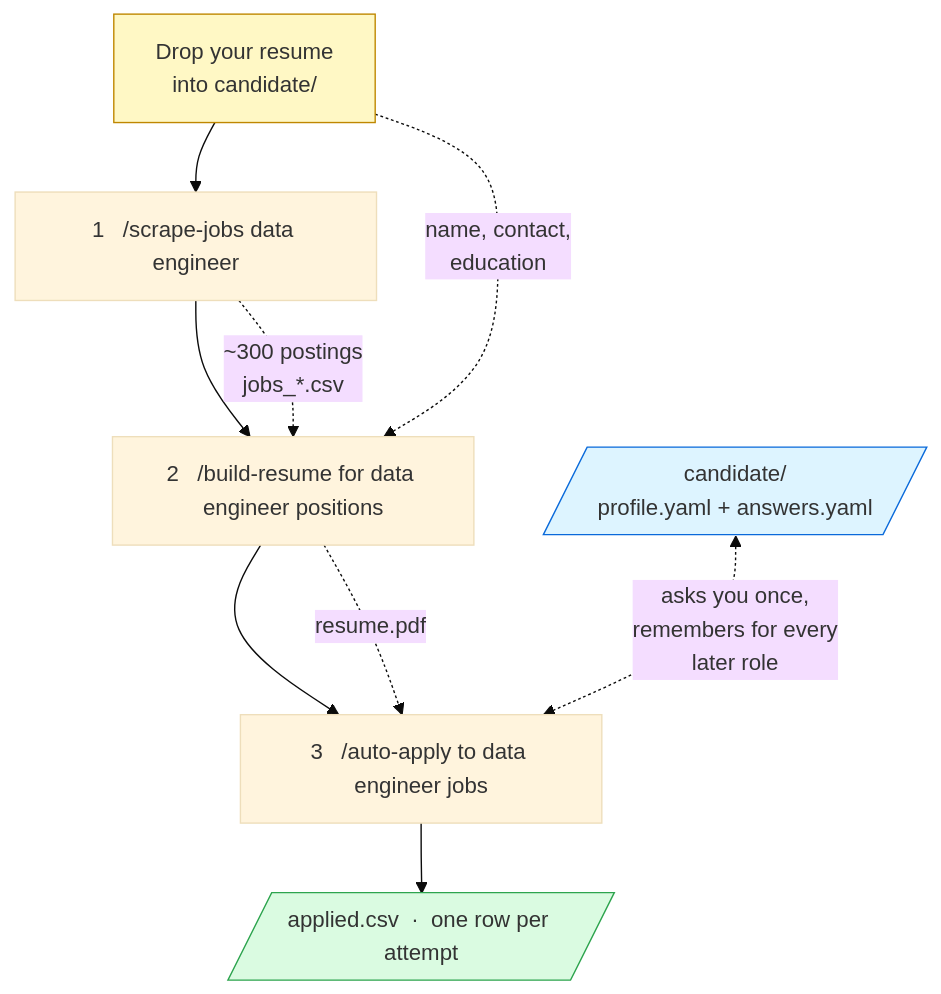
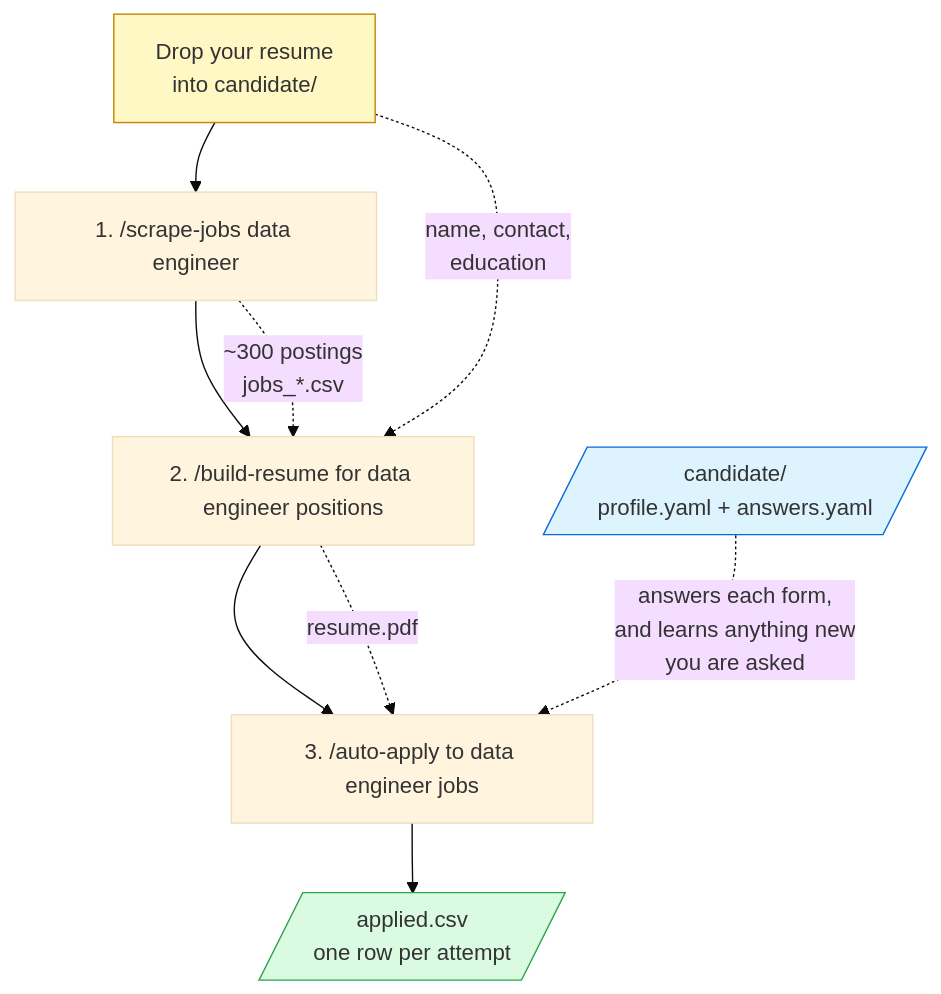
The first of 4 diagrams in README.md (yuluo/job-bot), drawn with Mermaid (base theme) before and after one commit.

Commit message:
docs: harden mermaid syntax for GitHub's renderer
Drop &nbsp; entities and the bidirectional dotted arrow in favor of plain
constructs. Both rendered fine locally, including with htmlLabels disabled,
but neither bought anything and both are the kind of thing a pinned renderer
version is most likely to choke on.

Claude-Session: https://claude.ai/code/session_01LvV8woCiiXZXccXAmqXx7U

````diff
--- a/README.md
+++ b/README.md
@@ -7,17 +7,17 @@
 ```mermaid
 flowchart TB
     R["Drop your resume<br/>into candidate/"]
-    R --> S["1 &nbsp; /scrape-jobs data engineer"]
-    S --> B["2 &nbsp; /build-resume for data engineer positions"]
-    B --> A["3 &nbsp; /auto-apply to data engineer jobs"]
-    A --> LOG[/"applied.csv &nbsp;·&nbsp; one row per attempt"/]
+    R --> S["1. /scrape-jobs data engineer"]
+    S --> B["2. /build-resume for data engineer positions"]
+    B --> A["3. /auto-apply to data engineer jobs"]
+    A --> LOG[/"applied.csv<br/>one row per attempt"/]
 
     S -. "~300 postings<br/>jobs_*.csv" .-> B
     R -. "name, contact,<br/>education" .-> B
     B -. "resume.pdf" .-> A
-    KB[/"candidate/<br/>profile.yaml + answers.yaml"/] <-. "asks you once,<br/>remembers for every<br/>later role" .-> A
+    KB[/"candidate/<br/>profile.yaml + answers.yaml"/] -. "answers each form,<br/>and learns anything new<br/>you are asked" .-> A
 
     style KB fill:#ddf4ff,stroke:#0969da
     style LOG fill:#dafbe1,stroke:#2da44e
     style R fill:#fff8c5,stroke:#bf8700
 ```
````
